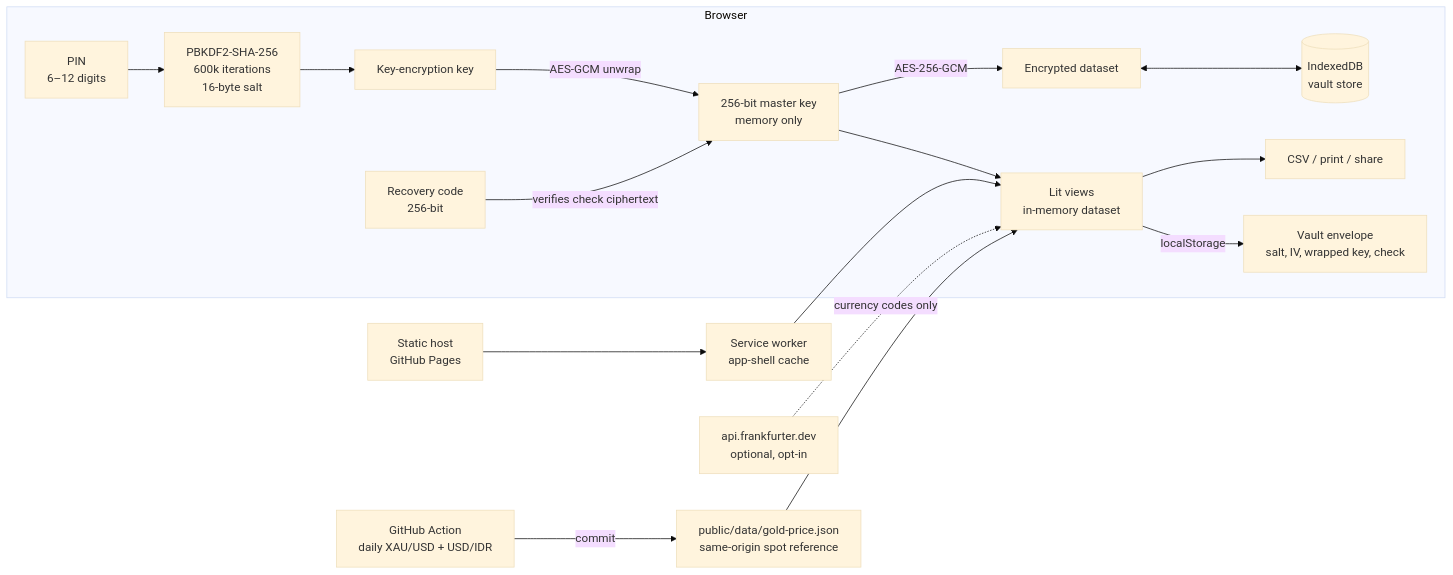
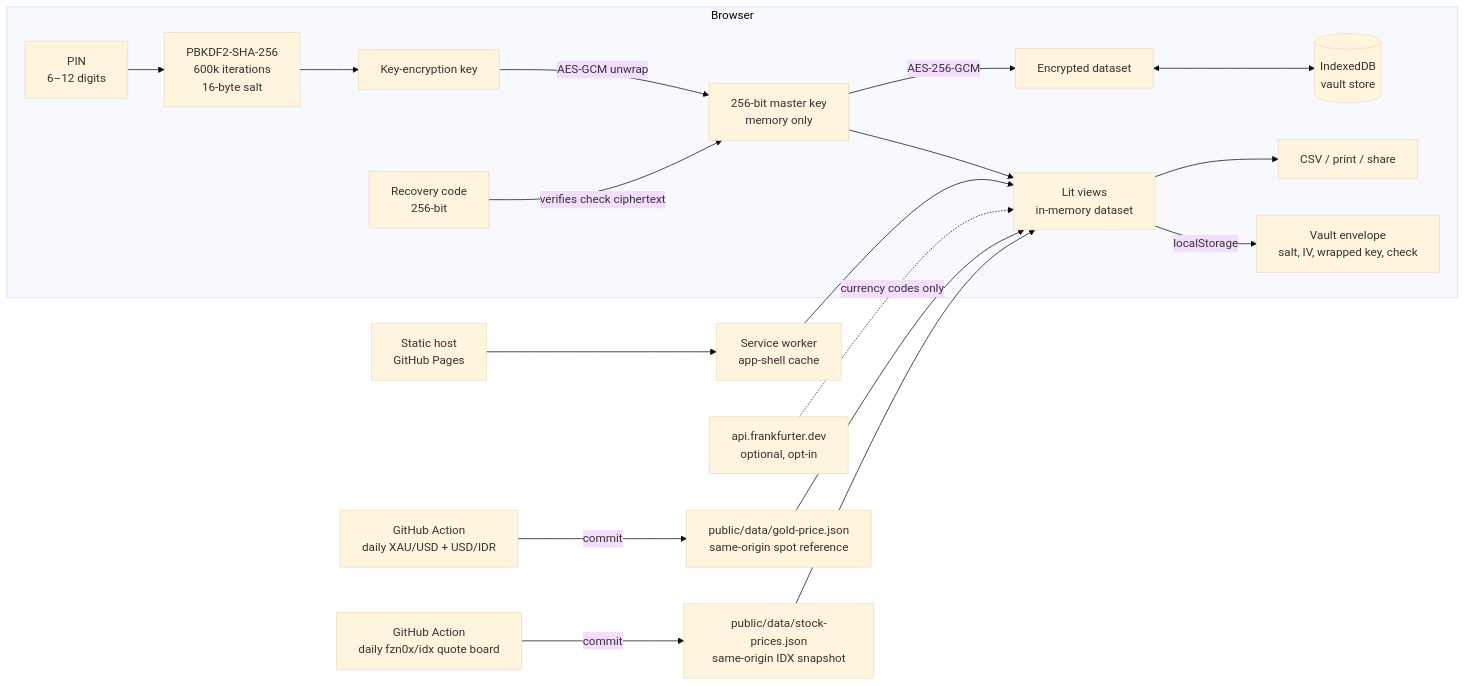
Before and after one commit to sigidpam/dompet-orang-have: the first of 2 diagrams in docs/ARCHITECTURE.md, drawn with Mermaid (base theme). The commit also changed other lines of this file and 19 other files, not shown here.

First line of the commit message:
feat: key-free IDX stock snapshot + live value previews (#4)

````diff
--- a/docs/ARCHITECTURE.md
+++ b/docs/ARCHITECTURE.md
@@ -8,19 +8,21 @@
 ```mermaid
 flowchart LR
   subgraph Browser
     PIN[PIN<br/>6–12 digits] --> KDF[PBKDF2-SHA-256<br/>600k iterations<br/>16-byte salt]
     KDF --> KEK[Key-encryption key]
     KEK -->|AES-GCM unwrap| MK[256-bit master key<br/>memory only]
     REC[Recovery code<br/>256-bit] -->|verifies check ciphertext| MK
     MK -->|AES-256-GCM| DATA[Encrypted dataset]
     DATA <--> IDB[(IndexedDB<br/>vault store)]
     MK --> UI[Lit views<br/>in-memory dataset]
     UI --> CSV[CSV / print / share]
     UI -->|localStorage| ENV[Vault envelope<br/>salt, IV, wrapped key, check]
   end
   SW[Service worker<br/>app-shell cache] --> UI
   HOST[Static host<br/>GitHub Pages] --> SW
   RATES[api.frankfurter.dev<br/>optional, opt-in] -.->|currency codes only| UI
   GOLD[public/data/gold-price.json<br/>same-origin spot reference] --> UI
+  STOCKS[public/data/stock-prices.json<br/>same-origin IDX snapshot] --> UI
+  IDXACT[GitHub Action<br/>daily fzn0x/idx quote board] -->|commit| STOCKS
   GHA[GitHub Action<br/>daily XAU/USD + USD/IDR] -->|commit| GOLD
 ```
````
